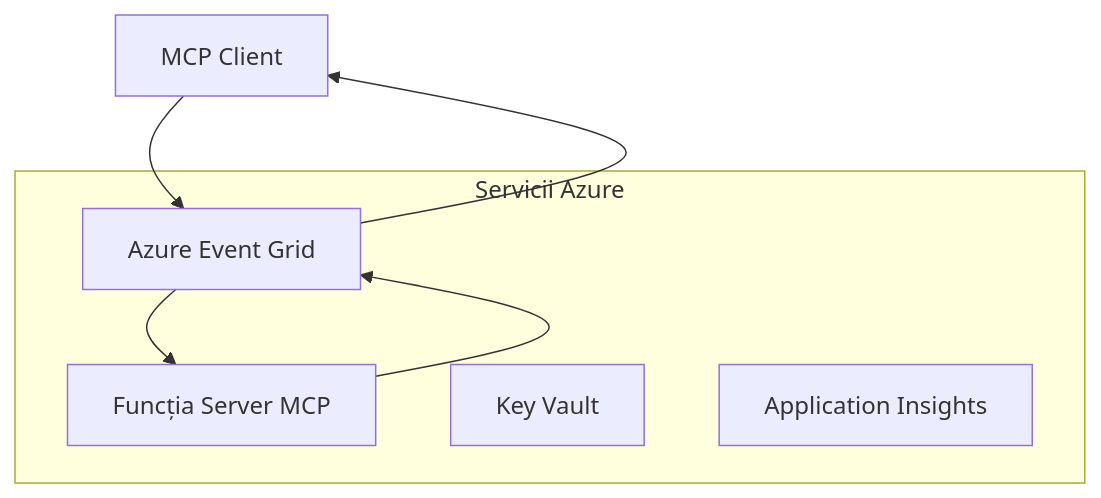
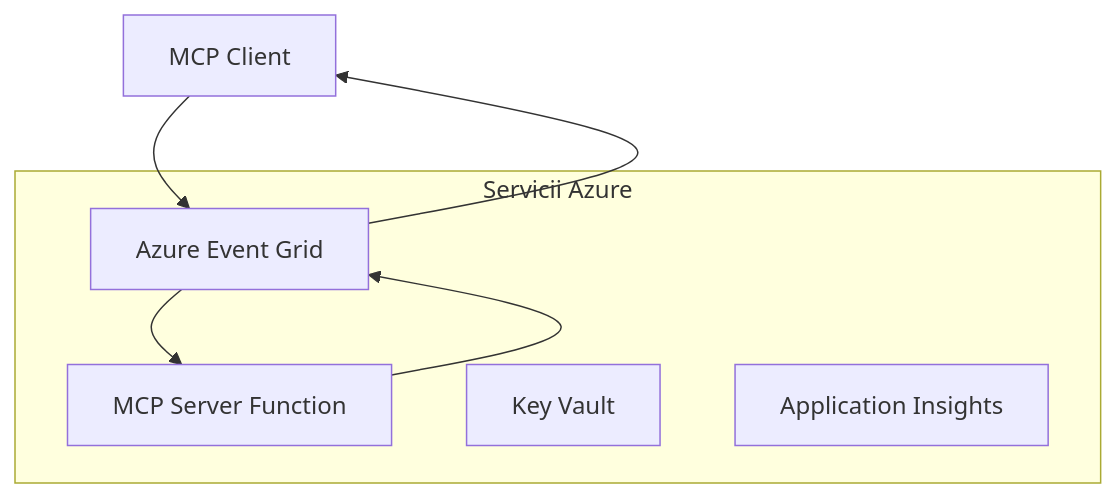
The first of 2 diagrams in mcp_ecosystem__model_context_protocol/mcp_learning_resources/mcp-for-beginners/translations/ro/05-AdvancedTopics/mcp-transport/README.md (HIDORAKAI002/ai-workspace-archive), drawn with Mermaid before and after one commit. The commit also changed other lines of this file and 1539 other files, not shown here.

````diff
--- a/mcp_ecosystem__model_context_protocol/mcp_learning_resources/mcp-for-beginners/translations/ro/05-AdvancedTopics/mcp-transport/README.md
+++ b/mcp_ecosystem__model_context_protocol/mcp_learning_resources/mcp-for-beginners/translations/ro/05-AdvancedTopics/mcp-transport/README.md
@@ -58,14 +58,14 @@
 ```mermaid
 graph TB
     Client[MCP Client] --> EG[Azure Event Grid]
-    EG --> Server[Funcția Server MCP]
+    EG --> Server[MCP Server Function]
     Server --> EG
     EG --> Client
     
     subgraph "Servicii Azure"
         EG
         Server
         KV[Key Vault]
         Monitor[Application Insights]
     end
 ```
````
